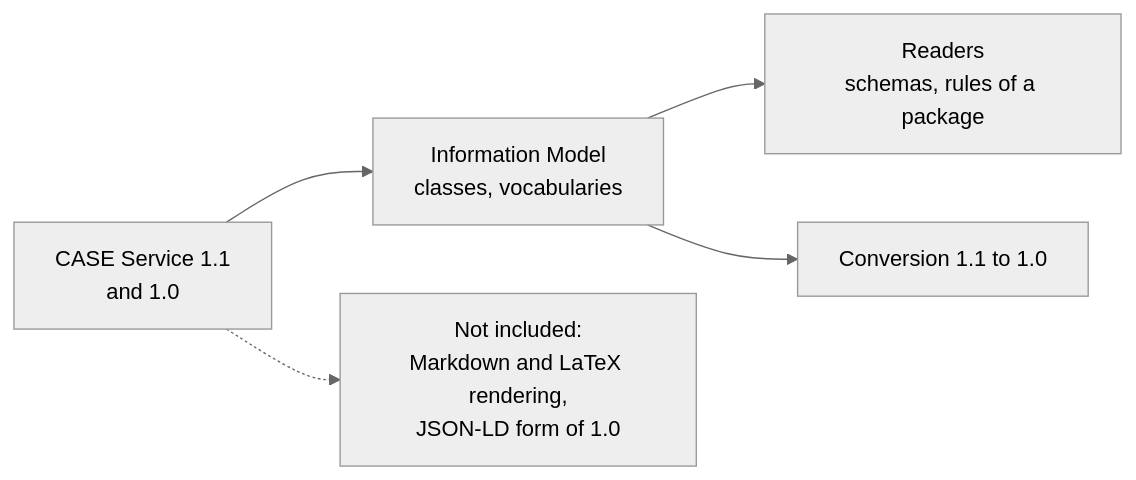
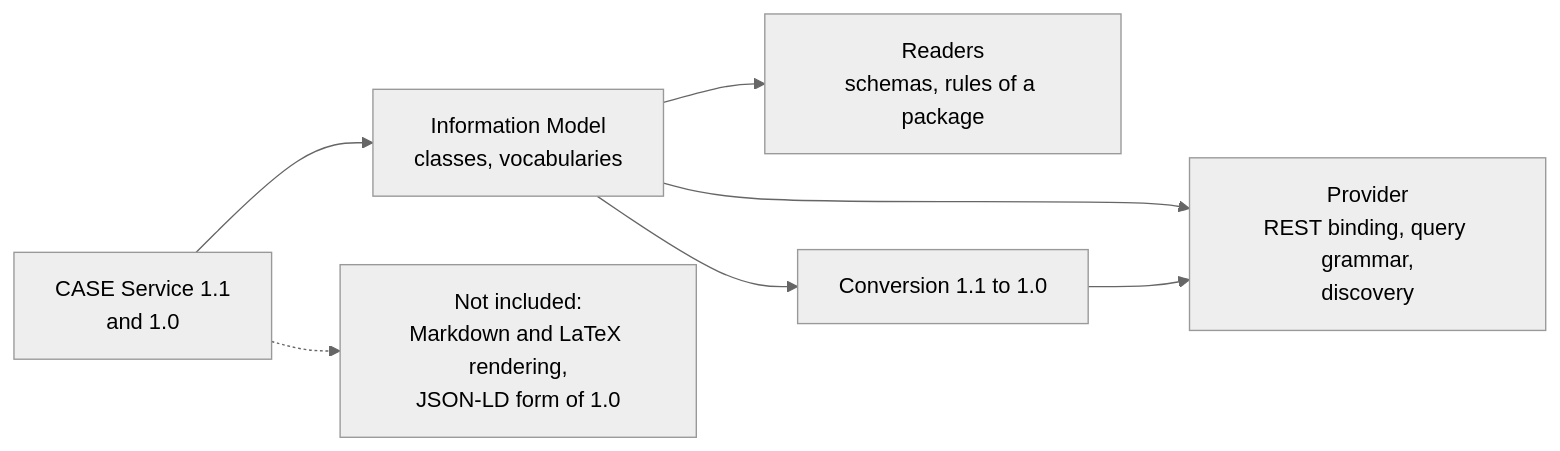
Before and after one commit to interopkit/interopkit: the diagram in docs/competency-frameworks/supported.md, drawn with Mermaid (neutral theme). The commit also changed other lines of this file and 49 other files, not shown here.

First line of the commit message:
Add the CASE provider: router, both version paths, query grammar, collation, fields and discovery

````diff
--- a/docs/competency-frameworks/supported.md
+++ b/docs/competency-frameworks/supported.md
@@ -6,7 +6,9 @@
 ```mermaid
 flowchart LR
   spec["CASE Service 1.1<br/>and 1.0"] --> model["Information Model<br/>classes, vocabularies"]
   model --> read["Readers<br/>schemas, rules of a package"]
   model --> version["Conversion 1.1 to 1.0"]
+  model --> provider["Provider<br/>REST binding, query grammar,<br/>discovery"]
+  version --> provider
   spec -.-> outside["Not included:<br/>Markdown and LaTeX rendering,<br/>JSON-LD form of 1.0"]
 ```
````
